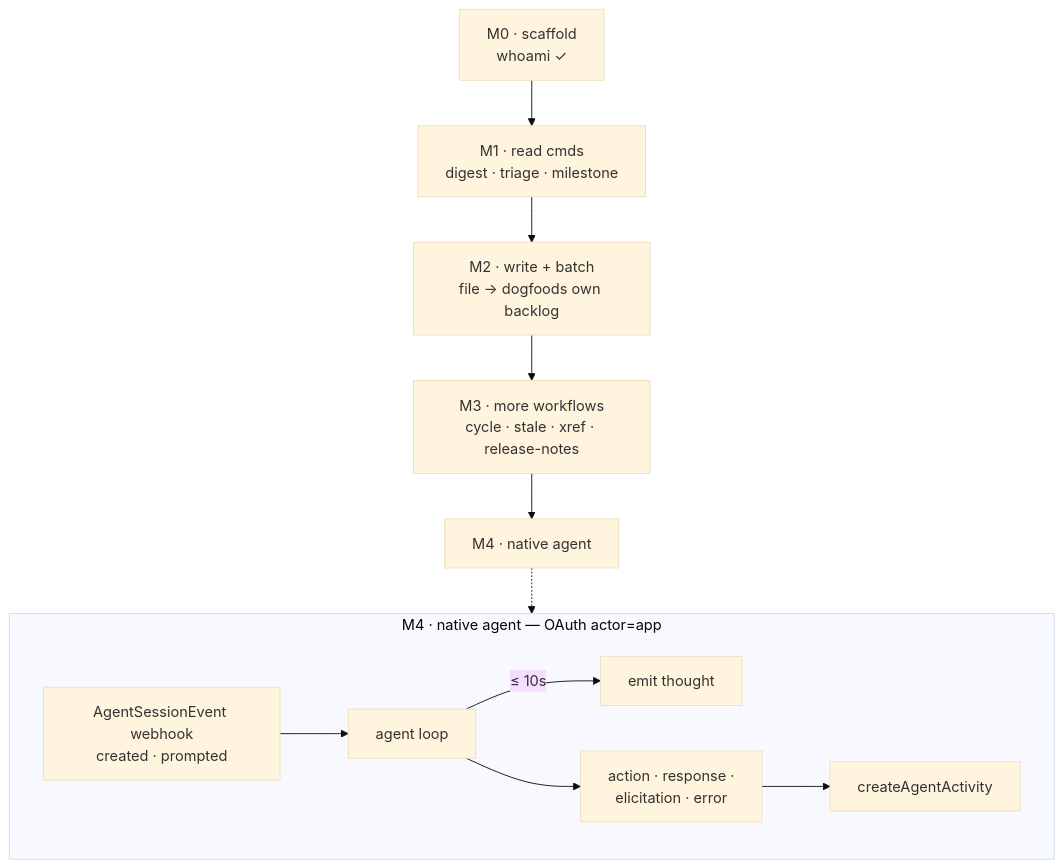
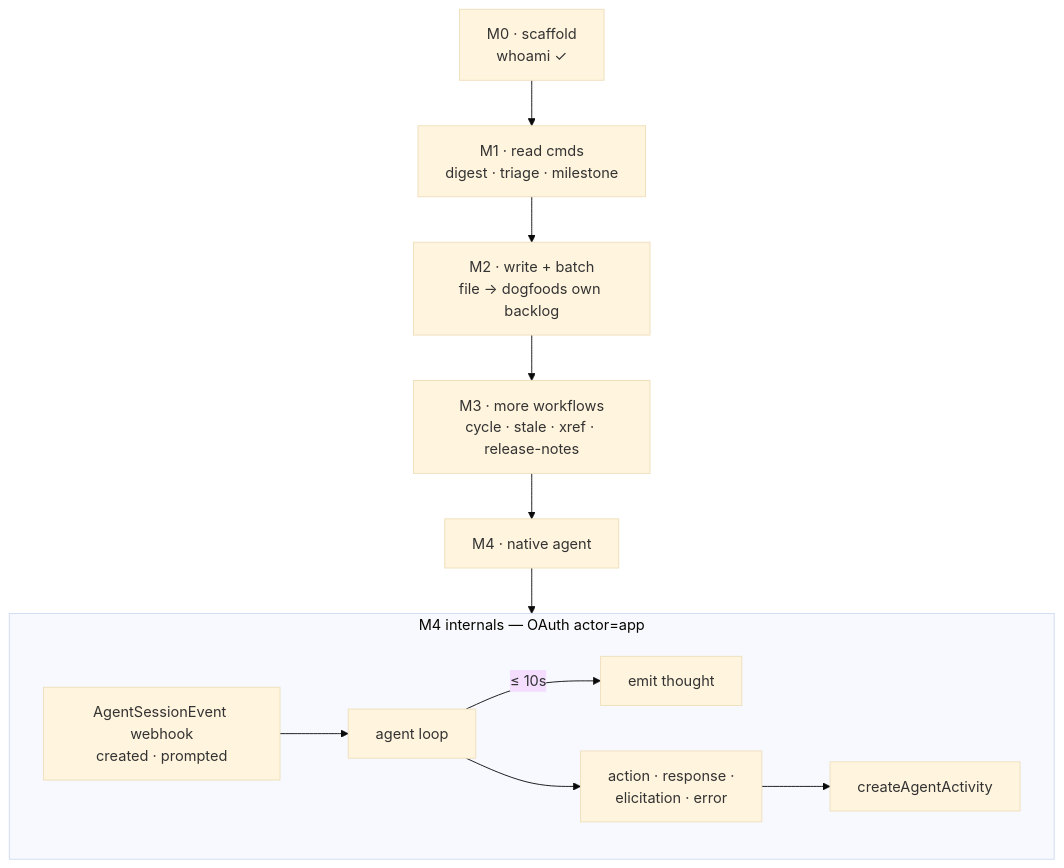
The third of 3 diagrams in docs/spec.md (cerebral-work/linearctl), drawn with Mermaid (base theme) before and after one commit. The commit also changed other lines of this file and 2 other files, not shown here.

First line of the commit message:
docs: fix mermaid subgraph ordering; correct the compile-smoke claim

````diff
--- a/docs/spec.md
+++ b/docs/spec.md
@@ -182,15 +186,15 @@
 ```mermaid
 flowchart TD
   M0["M0 · scaffold<br/>whoami ✓"] --> M1["M1 · read cmds<br/>digest · triage · milestone"]
   M1 --> M2["M2 · write + batch<br/>file → dogfoods own backlog"]
   M2 --> M3["M3 · more workflows<br/>cycle · stale · xref · release-notes"]
   M3 --> M4["M4 · native agent"]
-  subgraph A["M4 · native agent — OAuth actor=app"]
+  subgraph A["M4 internals — OAuth actor=app"]
     direction LR
     WH["AgentSessionEvent webhook<br/>created · prompted"] --> LOOP["agent loop"]
     LOOP -->|"≤ 10s"| TH["emit thought"]
     LOOP --> ACT["action · response ·<br/>elicitation · error"]
     ACT --> CA["createAgentActivity"]
   end
-  M4 -.-> A
+  M4 --> WH
 ```
````
